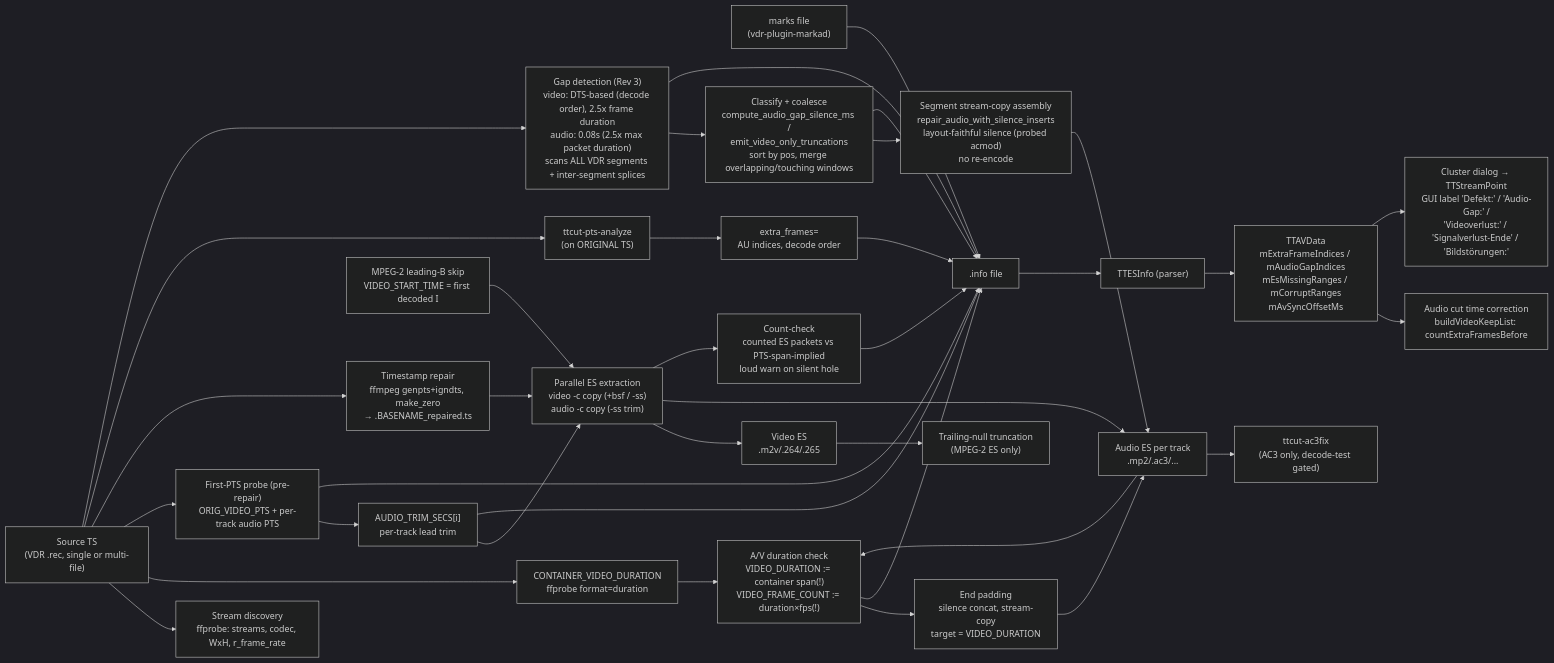
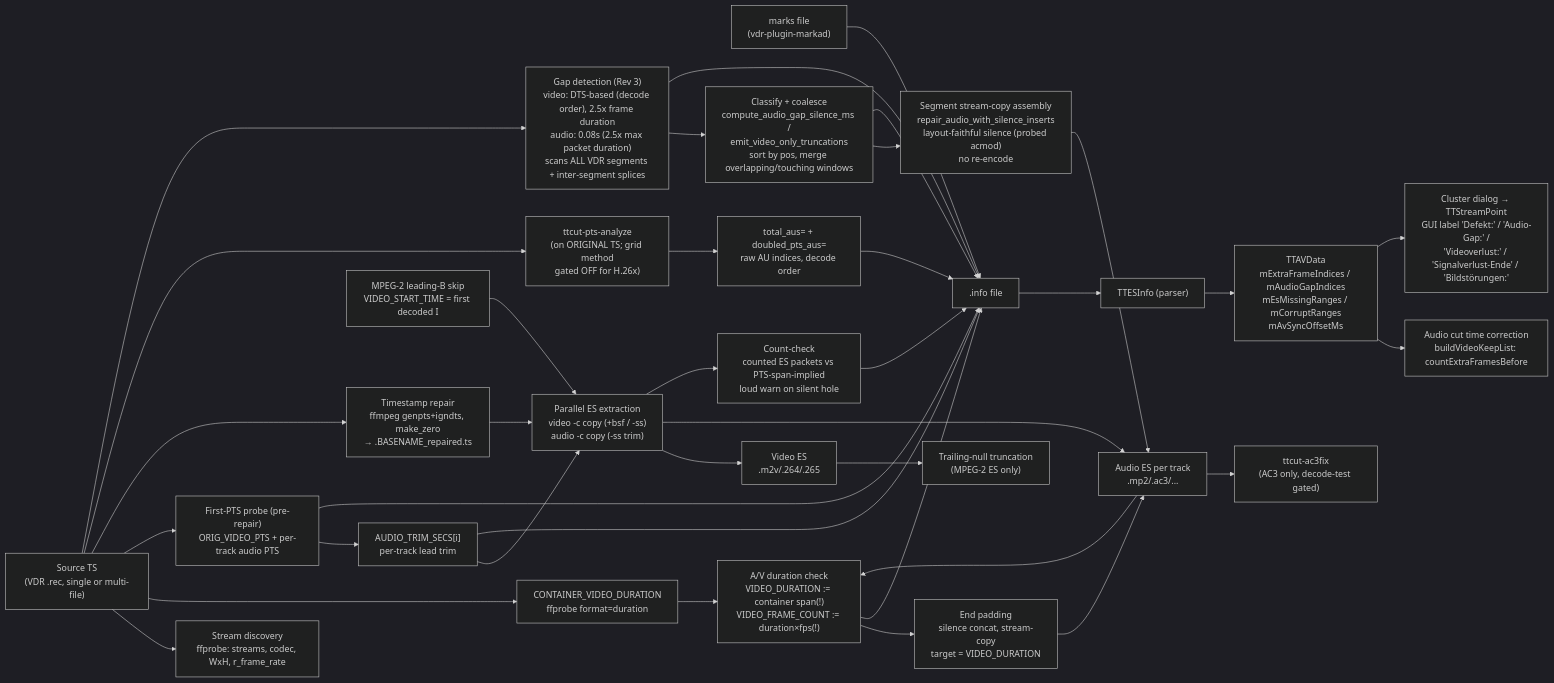
Before and after one commit to MINIXJR/TTCut-ng: the diagram in docs/code-map/ttcut-demux.md, drawn with Mermaid (dark theme). The commit also changed other lines of this file and 4 other files, not shown here.

````diff
--- a/docs/code-map/ttcut-demux.md
+++ b/docs/code-map/ttcut-demux.md
@@ -29,65 +29,65 @@
 ```mermaid
 flowchart LR
     TS["Source TS<br/>(VDR .rec, single or multi-file)"]
     MARKS["marks file<br/>(vdr-plugin-markad)"]
     PROBE["Stream discovery<br/>ffprobe: streams, codec, WxH, r_frame_rate"]
     CONTDUR["CONTAINER_VIDEO_DURATION<br/>ffprobe format=duration"]
     PTS0["First-PTS probe (pre-repair)<br/>ORIG_VIDEO_PTS + per-track audio PTS"]
     TRIM["AUDIO_TRIM_SECS[i]<br/>per-track lead trim"]
     REPAIR["Timestamp repair<br/>ffmpeg genpts+igndts, make_zero<br/>→ .BASENAME_repaired.ts"]
     EXTRACT["Parallel ES extraction<br/>video -c copy (+bsf / -ss)<br/>audio -c copy (-ss trim)"]
     MPEG2TRIM["MPEG-2 leading-B skip<br/>VIDEO_START_TIME = first decoded I"]
     NULLTRUNC["Trailing-null truncation<br/>(MPEG-2 ES only)"]
     ESV["Video ES<br/>.m2v/.264/.265"]
     ESA["Audio ES per track<br/>.mp2/.ac3/..."]
-    PTSA["ttcut-pts-analyze<br/>(on ORIGINAL TS)"]
-    EXTRA["extra_frames=<br/>AU indices, decode order"]
+    PTSA["ttcut-pts-analyze<br/>(on ORIGINAL TS; grid method<br/>gated OFF for H.26x)"]
+    EXTRA["total_aus= + doubled_pts_aus=<br/>raw AU indices, decode order"]
     AC3FIX["ttcut-ac3fix<br/>(AC3 only, decode-test gated)"]
     GAPS["Gap detection (Rev 3)<br/>video: DTS-based (decode order), 2.5x frame duration<br/>audio: 0.08s (2.5x max packet duration)<br/>scans ALL VDR segments + inter-segment splices"]
     CLASSIFY["Classify + coalesce<br/>compute_audio_gap_silence_ms /<br/>emit_video_only_truncations<br/>sort by pos, merge overlapping/touching windows"]
     ASSEMBLY["Segment stream-copy assembly<br/>repair_audio_with_silence_inserts<br/>layout-faithful silence (probed acmod)<br/>no re-encode"]
     COUNTCHECK["Count-check<br/>counted ES packets vs PTS-span-implied<br/>loud warn on silent hole"]
     DURCHK["A/V duration check<br/>VIDEO_DURATION := container span(!)<br/>VIDEO_FRAME_COUNT := duration×fps(!)"]
     PAD["End padding<br/>silence concat, stream-copy<br/>target = VIDEO_DURATION"]
     INFO[".info file"]
     ESINFO["TTESInfo (parser)"]
     AVDATA["TTAVData<br/>mExtraFrameIndices / mAudioGapIndices<br/>mEsMissingRanges / mCorruptRanges<br/>mAvSyncOffsetMs"]
     AUDIOCORR["Audio cut time correction<br/>buildVideoKeepList: countExtraFramesBefore"]
     STREAMPTS["Cluster dialog → TTStreamPoint<br/>GUI label 'Defekt:' / 'Audio-Gap:' /<br/>'Videoverlust:' / 'Signalverlust-Ende' / 'Bildstörungen:'"]
 
     TS --> PROBE
     TS --> CONTDUR
     TS --> PTS0
     PTS0 --> TRIM
     TS --> REPAIR
     REPAIR --> EXTRACT
     MPEG2TRIM --> EXTRACT
     TRIM --> EXTRACT
     EXTRACT --> ESV
     EXTRACT --> ESA
     ESV --> NULLTRUNC
     EXTRACT --> COUNTCHECK
     TS --> PTSA
     PTSA --> EXTRA
     ESA --> AC3FIX
     TS --> GAPS
     GAPS --> CLASSIFY
     CLASSIFY --> ASSEMBLY
     ASSEMBLY --> ESA
     CONTDUR --> DURCHK
     ESA --> DURCHK
     DURCHK --> PAD
     PAD --> ESA
     EXTRA --> INFO
     GAPS --> INFO
     CLASSIFY --> INFO
     COUNTCHECK --> INFO
     TRIM --> INFO
     PTS0 --> INFO
     DURCHK --> INFO
     MARKS --> INFO
     INFO --> ESINFO
     ESINFO --> AVDATA
     AVDATA --> AUDIOCORR
     AVDATA --> STREAMPTS
 ```
````
